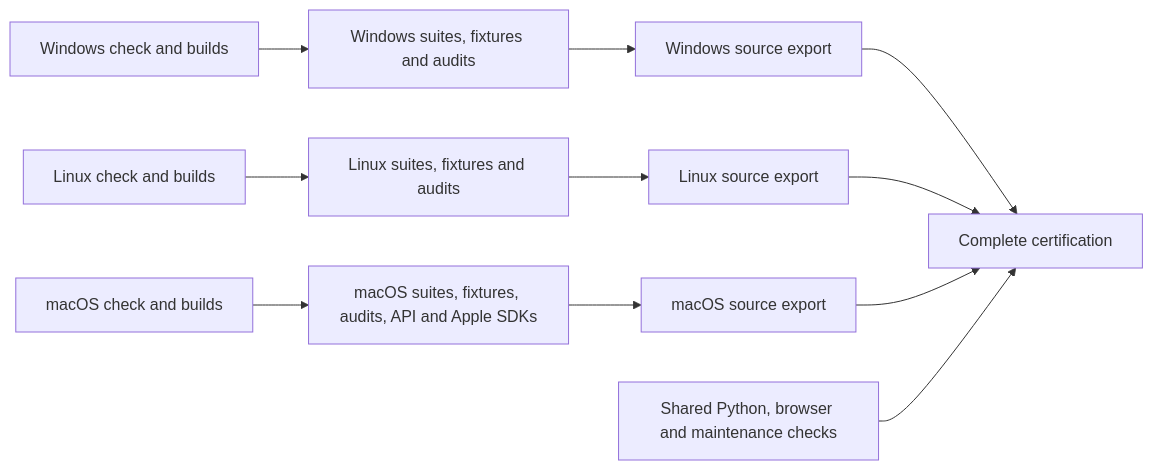
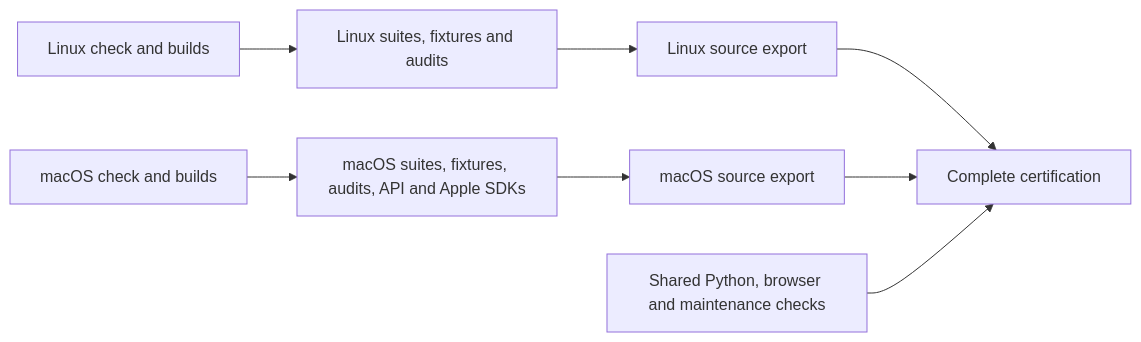
The diagram in Docs/CI.md (Aurum-Studios/DiscordKit), drawn with Mermaid before and after one commit. The commit also changed other lines of this file and 3 other files, not shown here.

````diff
--- a/Docs/CI.md
+++ b/Docs/CI.md
@@ -28,13 +29,10 @@
 ```mermaid
 flowchart LR
-    W[Windows check and builds] --> WT[Windows suites, fixtures and audits]
-    WT --> WP[Windows source export]
     L[Linux check and builds] --> LT[Linux suites, fixtures and audits]
     LT --> LP[Linux source export]
     M[macOS check and builds] --> MT[macOS suites, fixtures, audits, API and Apple SDKs]
     MT --> MP[macOS source export]
-    WP --> C[Complete certification]
-    LP --> C
+    LP --> C[Complete certification]
     MP --> C
     H[Shared Python, browser and maintenance checks] --> C
 ```
````
